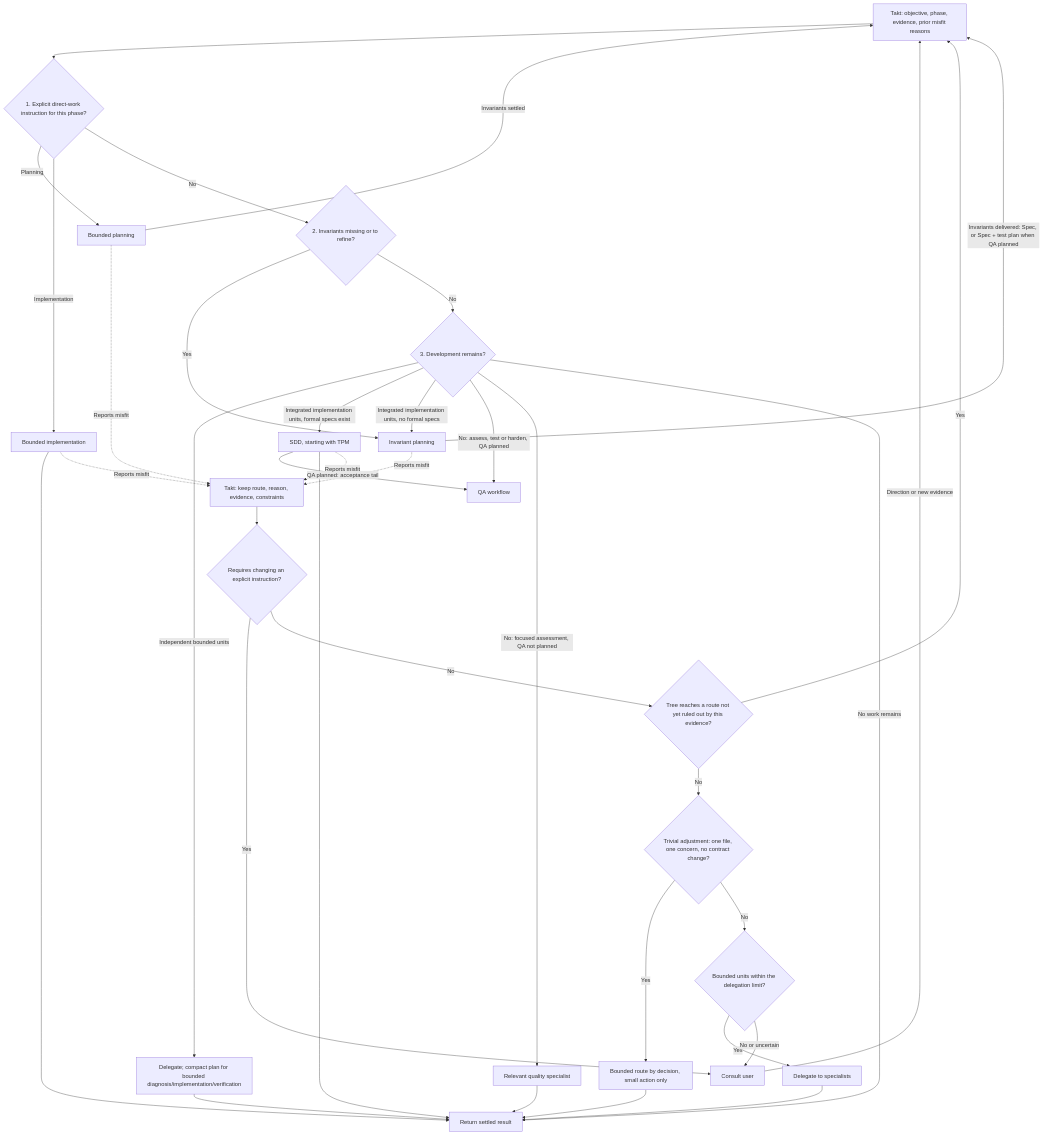
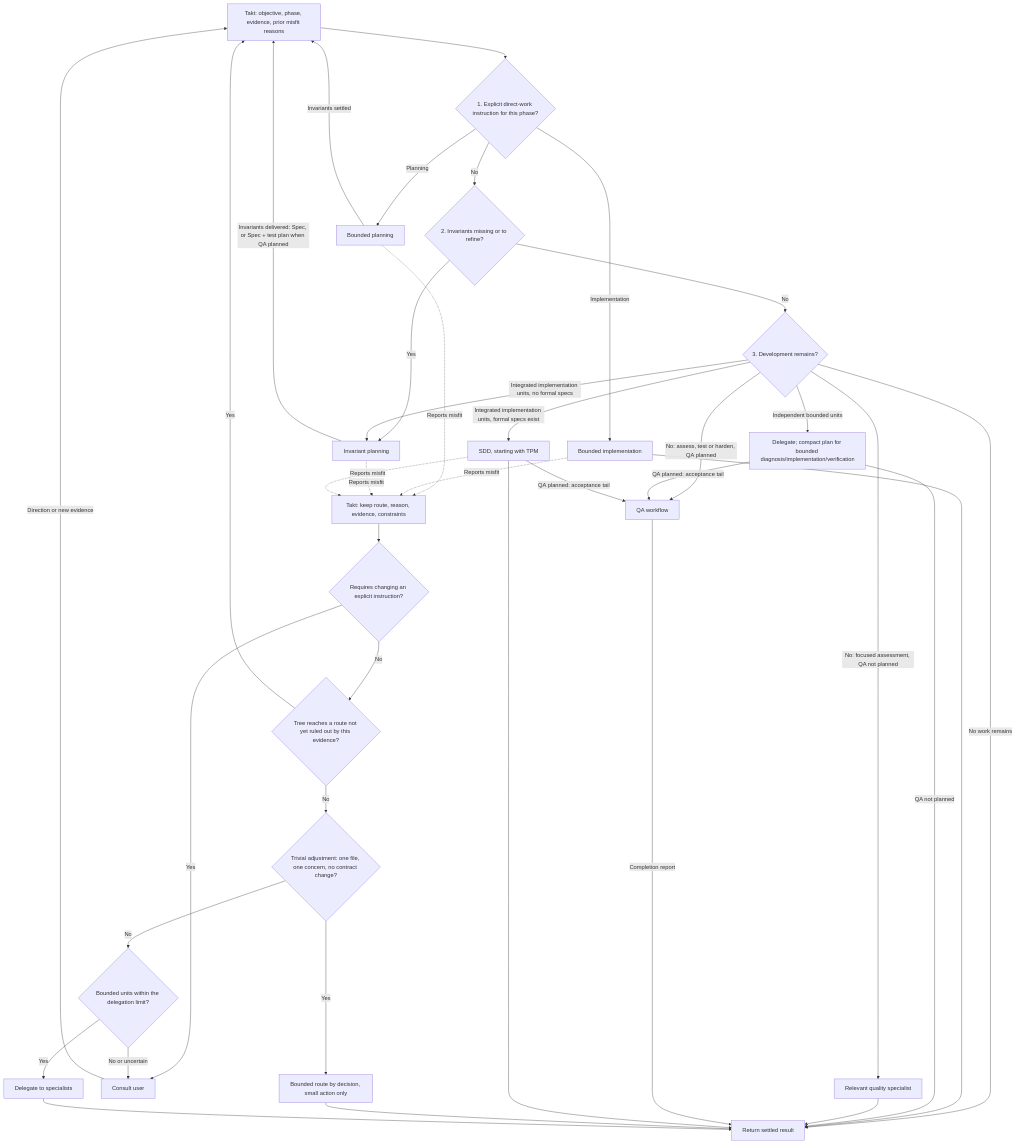
Before and after one commit to rou-cru/takt-ai: the diagram in product/meta-harness/orchestration/WORKFLOW_SELECTION.md, drawn with Mermaid. The commit also changed other lines of this file and 1 other file, not shown here.

Commit message:
docs(catalog): add QA acceptance tail after bounded units
PR-QA-20 adopts takt-qa-workflow as the acceptance tail whenever QA is
planned, but the selection tree attached it only to SDD, so a planned-QA
objective delivered as bounded units completed without acceptance.

Claude-Session: https://claude.ai/code/session_01Fqe6x5GPXVnAwUdKL6ZUQ3

````diff
--- a/product/meta-harness/orchestration/WORKFLOW_SELECTION.md
+++ b/product/meta-harness/orchestration/WORKFLOW_SELECTION.md
@@ -38,41 +38,43 @@
 ```mermaid
 flowchart TD
     Start["Takt: objective, phase, evidence, prior misfit reasons"] --> Order{"1. Explicit direct-work instruction for this phase?"}
     Order -->|Planning| BP["Bounded planning"]
     Order -->|Implementation| BW["Bounded implementation"]
     Order -->|No| Gaps{"2. Invariants missing or to refine?"}
     Gaps -->|Yes| IP["Invariant planning"]
     Gaps -->|No| Dev{"3. Development remains?"}
     Dev -->|Independent bounded units| Unit["Delegate; compact plan for bounded diagnosis/implementation/verification"]
     Dev -->|Integrated implementation units, formal specs exist| SDD["SDD, starting with TPM"]
     Dev -->|Integrated implementation units, no formal specs| IP
     Dev -->|"No: assess, test or harden, QA planned"| QA["QA workflow"]
     Dev -->|"No: focused assessment, QA not planned"| Review["Relevant quality specialist"]
     Dev -->|No work remains| Complete["Return settled result"]
 
     IP -->|"Invariants delivered: Spec, or Spec + test plan when QA planned"| Start
     BP -->|Invariants settled| Start
     BW --> Complete
-    Unit --> Complete
+    Unit -->|QA planned: acceptance tail| QA
+    Unit -->|QA not planned| Complete
     Review --> Complete
+    QA -->|Completion report| Complete
     SDD -->|QA planned: acceptance tail| QA
     SDD --> Complete
 
     BP -.->|Reports misfit| Return
     BW -.->|Reports misfit| Return
     IP -.->|Reports misfit| Return
     SDD -.->|Reports misfit| Return
 
     Return["Takt: keep route, reason, evidence, constraints"] --> Conflict{"Requires changing an explicit instruction?"}
     Conflict -->|Yes| Ask["Consult user"]
     Conflict -->|No| Fresh{"Tree reaches a route not yet ruled out by this evidence?"}
     Fresh -->|Yes| Start
     Fresh -->|No| Trivial{"Trivial adjustment: one file, one concern, no contract change?"}
     Trivial -->|Yes| Direct["Bounded route by decision, small action only"]
     Trivial -->|No| Light{"Bounded units within the delegation limit?"}
     Light -->|Yes| Specialists["Delegate to specialists"]
     Light -->|No or uncertain| Ask
     Ask -->|Direction or new evidence| Start
     Direct --> Complete
     Specialists --> Complete
 ```
````
